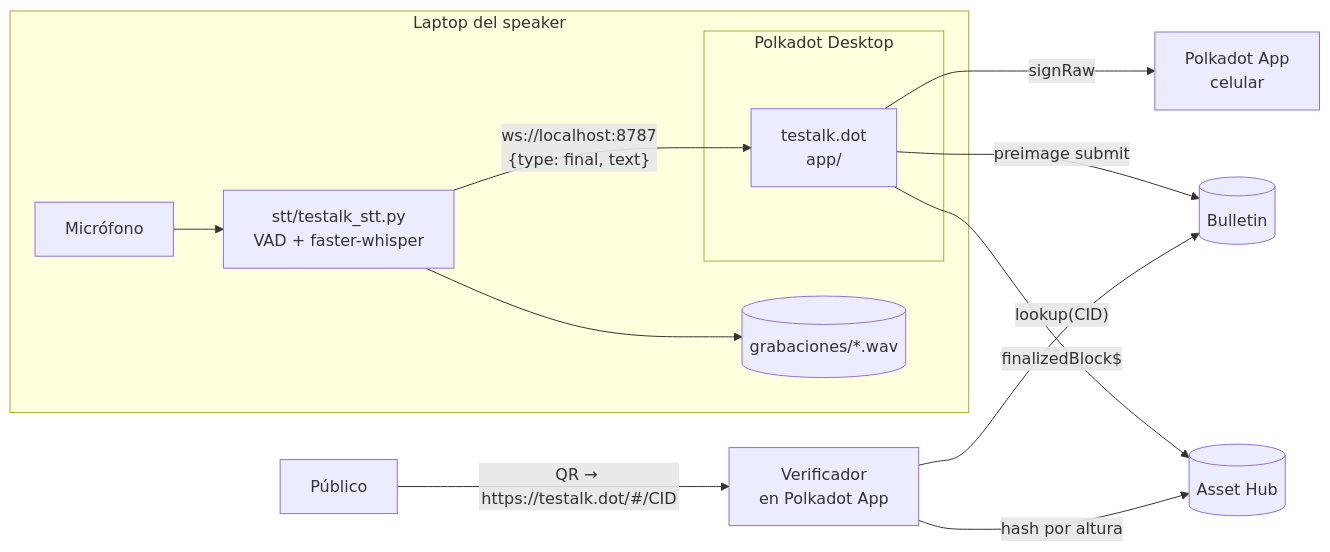
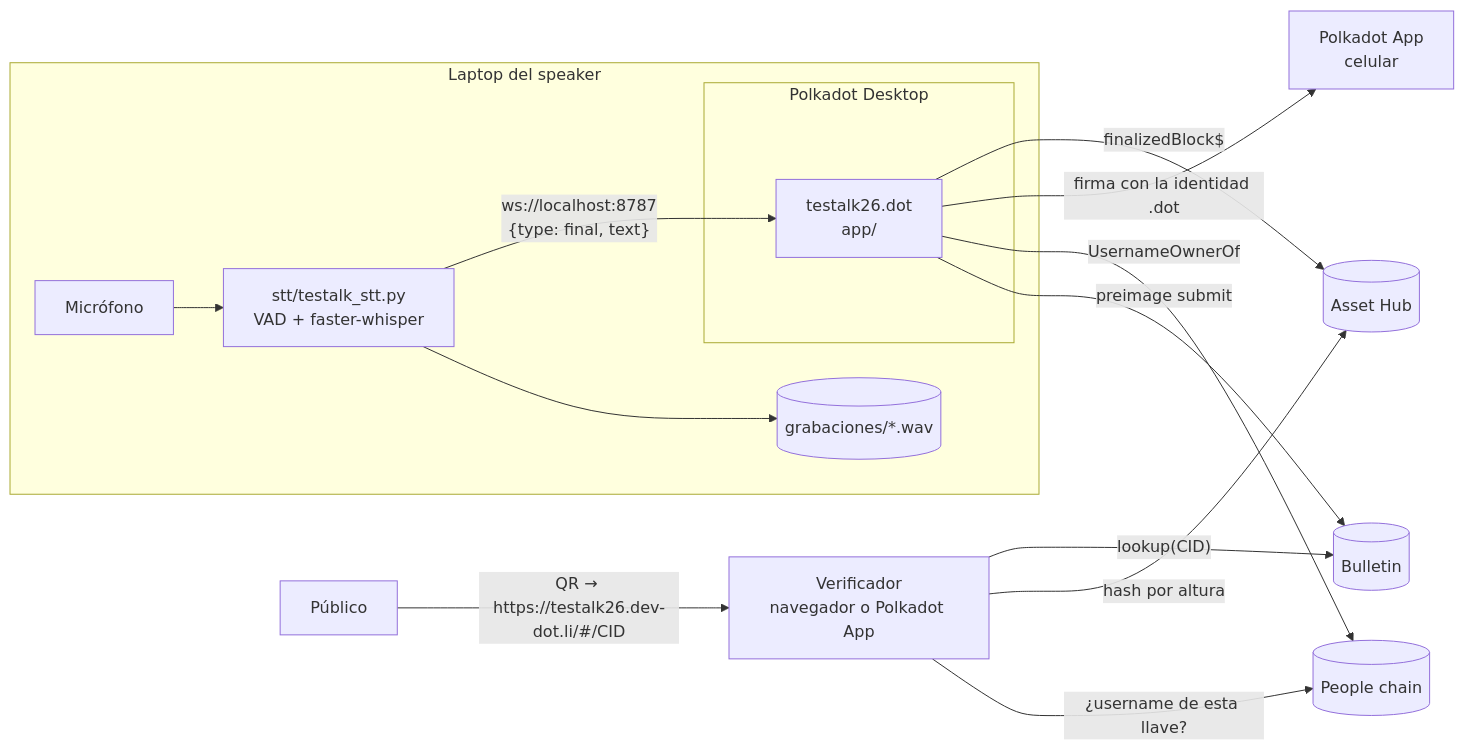
Before and after one commit to w3nerick/testalk: the diagram in docs/architecture.md, drawn with Mermaid. The commit also changed other lines of this file and 22 other files, not shown here.

````diff
--- a/docs/architecture.md
+++ b/docs/architecture.md
@@ -6,17 +6,19 @@
 ```mermaid
 flowchart LR
     subgraph Laptop del speaker
         MIC[Micrófono] --> STT[stt/testalk_stt.py<br/>VAD + faster-whisper]
         STT -- "ws://localhost:8787<br/>{type: final, text}" --> APP
         STT --> WAV[(grabaciones/*.wav)]
         subgraph Polkadot Desktop
-            APP[testalk.dot<br/>app/]
+            APP[testalk26.dot<br/>app/]
         end
     end
     APP -- "finalizedBlock$" --> AH[(Asset Hub)]
-    APP -- "signRaw" --> PA[Polkadot App<br/>celular]
+    APP -- "firma con la identidad .dot" --> PA[Polkadot App<br/>celular]
+    APP -- "UsernameOwnerOf" --> PE[(People chain)]
     APP -- "preimage submit" --> BU[(Bulletin)]
-    PUB[Público] -- "QR → https://testalk.dot/#/CID" --> VER[Verificador<br/>en Polkadot App]
+    PUB[Público] -- "QR → https://testalk26.dev-dot.li/#/CID" --> VER[Verificador<br/>navegador o Polkadot App]
     VER -- "lookup(CID)" --> BU
     VER -- "hash por altura" --> AH
+    VER -- "¿username de esta llave?" --> PE
 ```
````
